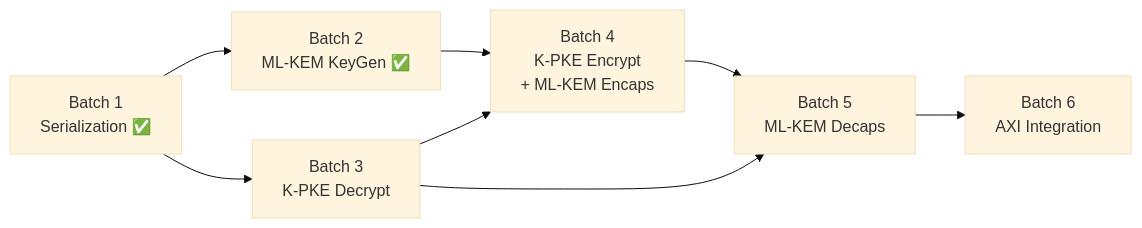
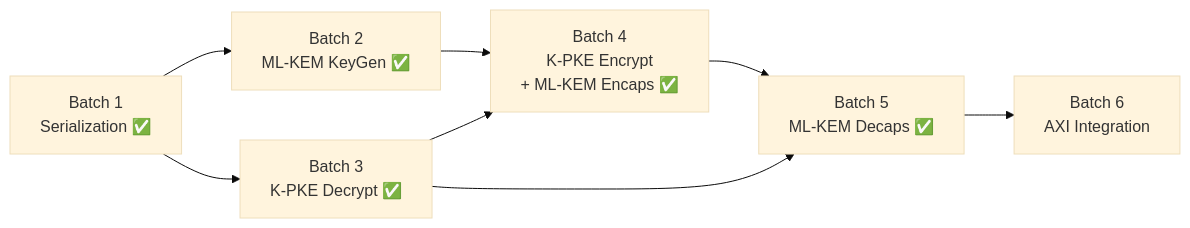
The diagram in docs/aZ/roadmap-tasks/implementation_plan.md (justacow224/DACN), drawn with Mermaid (base theme) before and after one commit. The commit also changed other lines of this file and 3 other files, not shown here.

````diff
--- a/docs/aZ/roadmap-tasks/implementation_plan.md
+++ b/docs/aZ/roadmap-tasks/implementation_plan.md
@@ -5,10 +5,11 @@
 ```mermaid
 graph LR
     B1["Batch 1<br/>Serialization ✅"] --> B2["Batch 2<br/>ML-KEM KeyGen ✅"]
-    B1 --> B3["Batch 3<br/>K-PKE Decrypt"]
-    B2 --> B4["Batch 4<br/>K-PKE Encrypt<br/>+ ML-KEM Encaps"]
+    B1 --> B3["Batch 3<br/>K-PKE Decrypt ✅"]
+    B2 --> B4["Batch 4<br/>K-PKE Encrypt<br/>+ ML-KEM Encaps ✅"]
     B3 --> B4
-    B3 --> B5["Batch 5<br/>ML-KEM Decaps"]
+    B3 --> B5["Batch 5<br/>ML-KEM Decaps ✅"]
     B4 --> B5
     B5 --> B6["Batch 6<br/>AXI Integration"]
+
 ```
````
